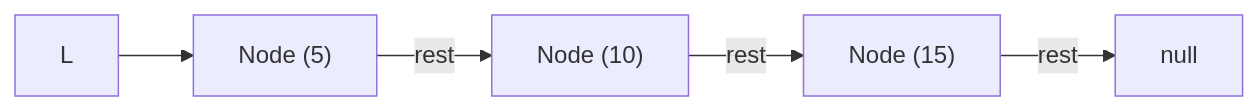
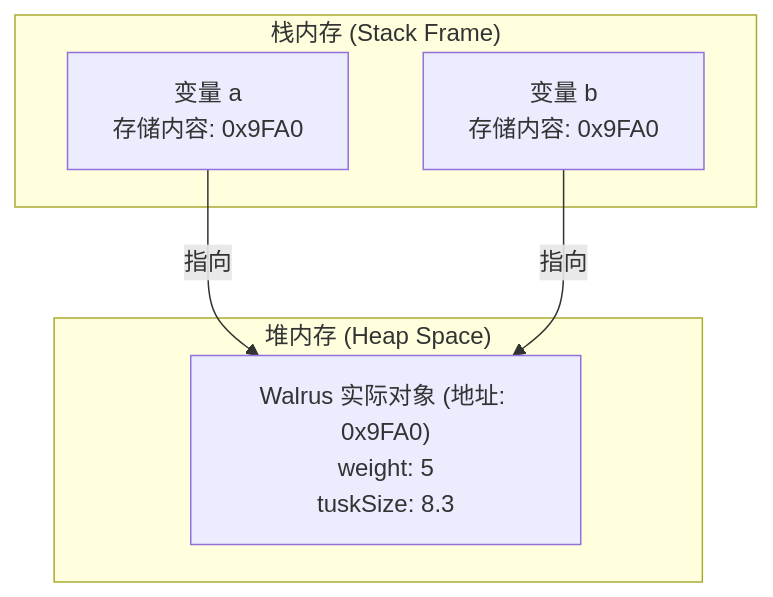
One commit to easonlines2007/easonlin-blog changed the first of 2 diagrams in src/content/notes/CS61B/lecture-03.md. Above: the diagram before and after it, drawn with Mermaid. The commit also changed other lines of this file and 230 other files, not shown here.

````diff
--- a/src/content/notes/CS61B/lecture-03.md
+++ b/src/content/notes/CS61B/lecture-03.md
@@ -76,7 +136,12 @@
 ```mermaid
-graph LR
-    L["L"] --> N1["Node (5)"]
-    N1 -->|"rest"| N2["Node (10)"]
-    N2 -->|"rest"| N3["Node (15)"]
-    N3 -->|"rest"| NULL["null"]
+graph TD
+    subgraph StackFrame ["栈内存 (Stack Frame)"]
+        A["变量 a<br>存储内容: 0x9FA0"]
+        B["变量 b<br>存储内容: 0x9FA0"]
+    end
+    subgraph HeapMemory ["堆内存 (Heap Space)"]
+        W["Walrus 实际对象 (地址: 0x9FA0)<br>weight: 5<br>tuskSize: 8.3"]
+    end
+    A -->|"指向"| W
+    B -->|"指向"| W
 ```
````
